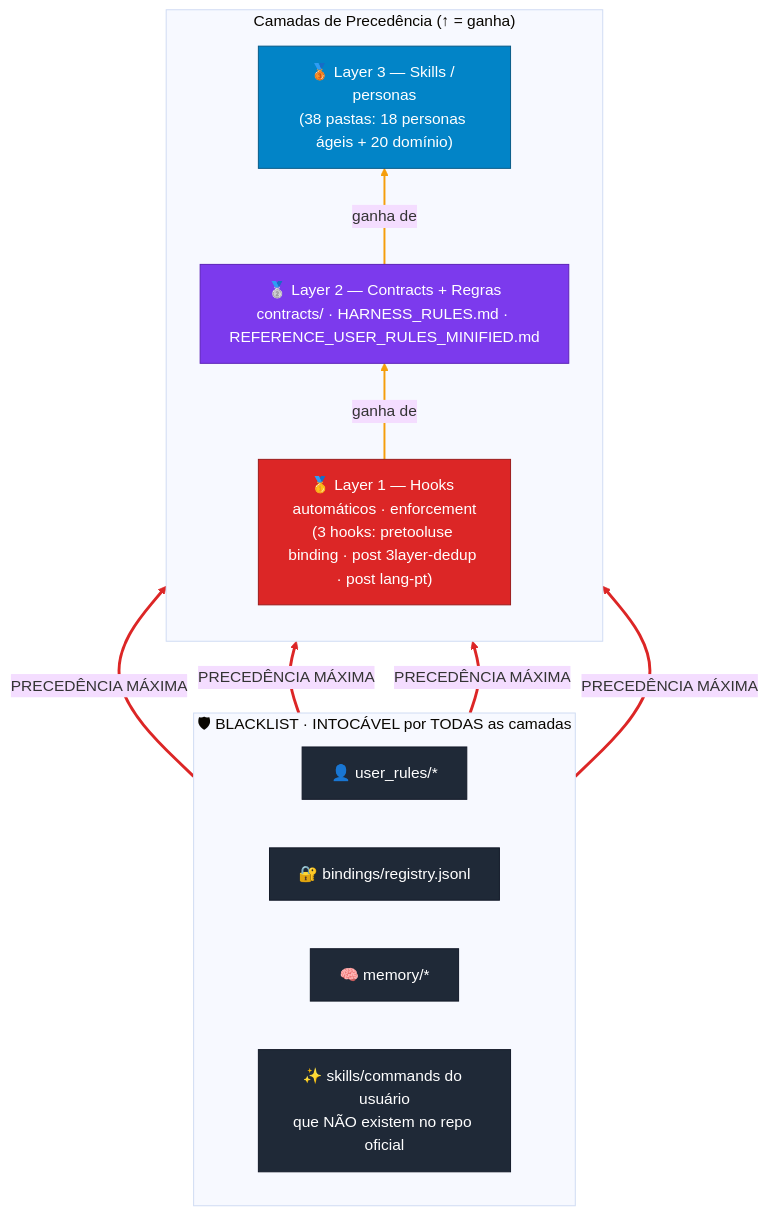
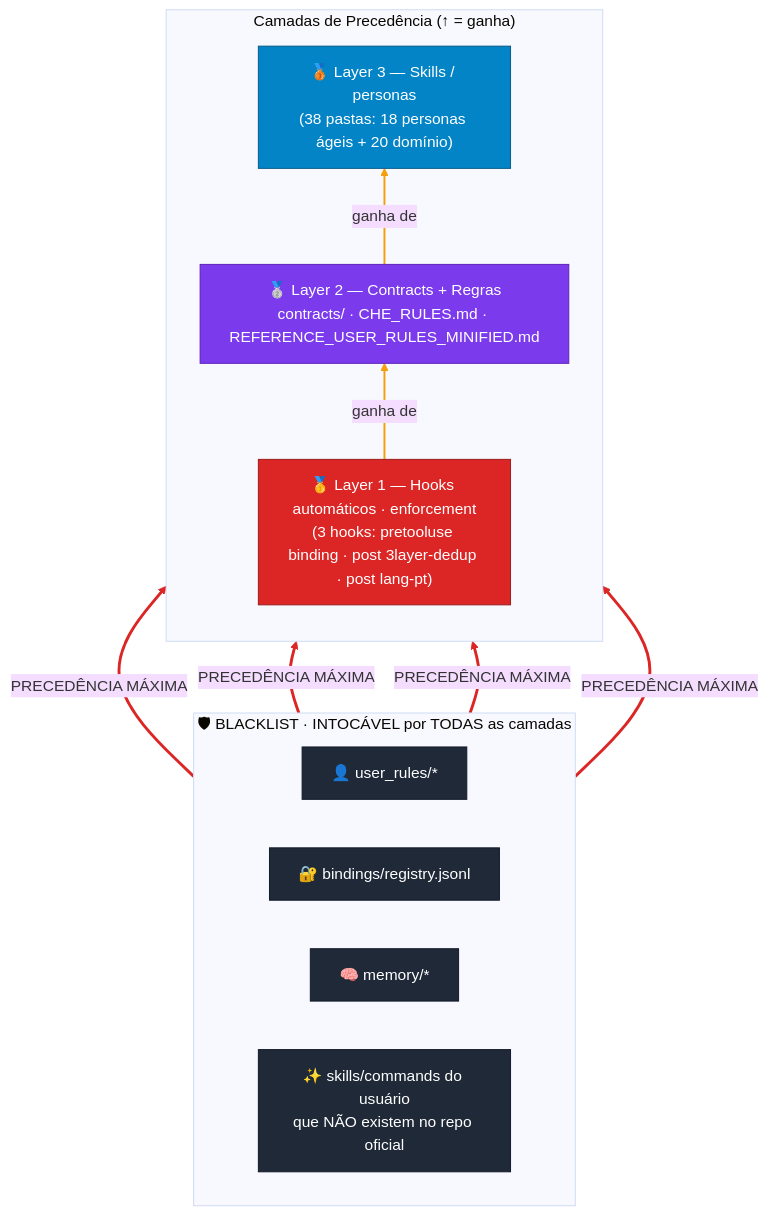
The second of 3 diagrams in README.md (laionazeredo/che-ai), drawn with Mermaid before and after one commit. The commit also changed other lines of this file and 150 other files, not shown here.

````diff
--- a/README.md
+++ b/README.md
@@ -170,36 +170,36 @@
 ```mermaid
 %%{init: {'theme':'base'}}%%
 flowchart BT
     subgraph BL["🛡 BLACKLIST · INTOCÁVEL por TODAS as camadas"]
       direction LR
       U[👤 user_rules/*]
       B[🔐 bindings/registry.jsonl]
       M[🧠 memory/*]
       C[✨ skills/commands do usuário<br/>que NÃO existem no repo oficial]
     end
 
     subgraph Layers["Camadas de Precedência (↑ = ganha)"]
       direction BT
       L3["🥉 Layer 3 — Skills / personas<br/>(38 pastas: 18 personas ágeis + 20 domínio)"]
-      L2["🥈 Layer 2 — Contracts + Regras<br/>contracts/ · HARNESS_RULES.md · REFERENCE_USER_RULES_MINIFIED.md"]
+      L2["🥈 Layer 2 — Contracts + Regras<br/>contracts/ · CHE_RULES.md · REFERENCE_USER_RULES_MINIFIED.md"]
       L1["🥇 Layer 1 — Hooks automáticos · enforcement<br/>(3 hooks: pretooluse binding · post 3layer-dedup · post lang-pt)"]
     end
 
     U & B & M & C -- PRECEDÊNCIA MÁXIMA --> L1
     L1 -- ganha de --> L2
     L2 -- ganha de --> L3
     linkStyle 0 stroke:#DC2626,stroke-width:3px
     linkStyle 1 stroke:#DC2626,stroke-width:3px
     linkStyle 2 stroke:#DC2626,stroke-width:3px
     linkStyle 3 stroke:#DC2626,stroke-width:3px
     linkStyle 4 stroke:#F59E0B,stroke-width:2px
     linkStyle 5 stroke:#F59E0B,stroke-width:2px
     classDef black fill:#1F2937,stroke:#111827,color:#fff
     class U,B,M,C black
     classDef hook fill:#DC2626,stroke:#991B1B,color:#fff
     classDef contract fill:#7C3AED,stroke:#5B21B6,color:#fff
     classDef skill fill:#0284C7,stroke:#075985,color:#fff
     class L1 hook
     class L2 contract
     class L3 skill
 ```
````
